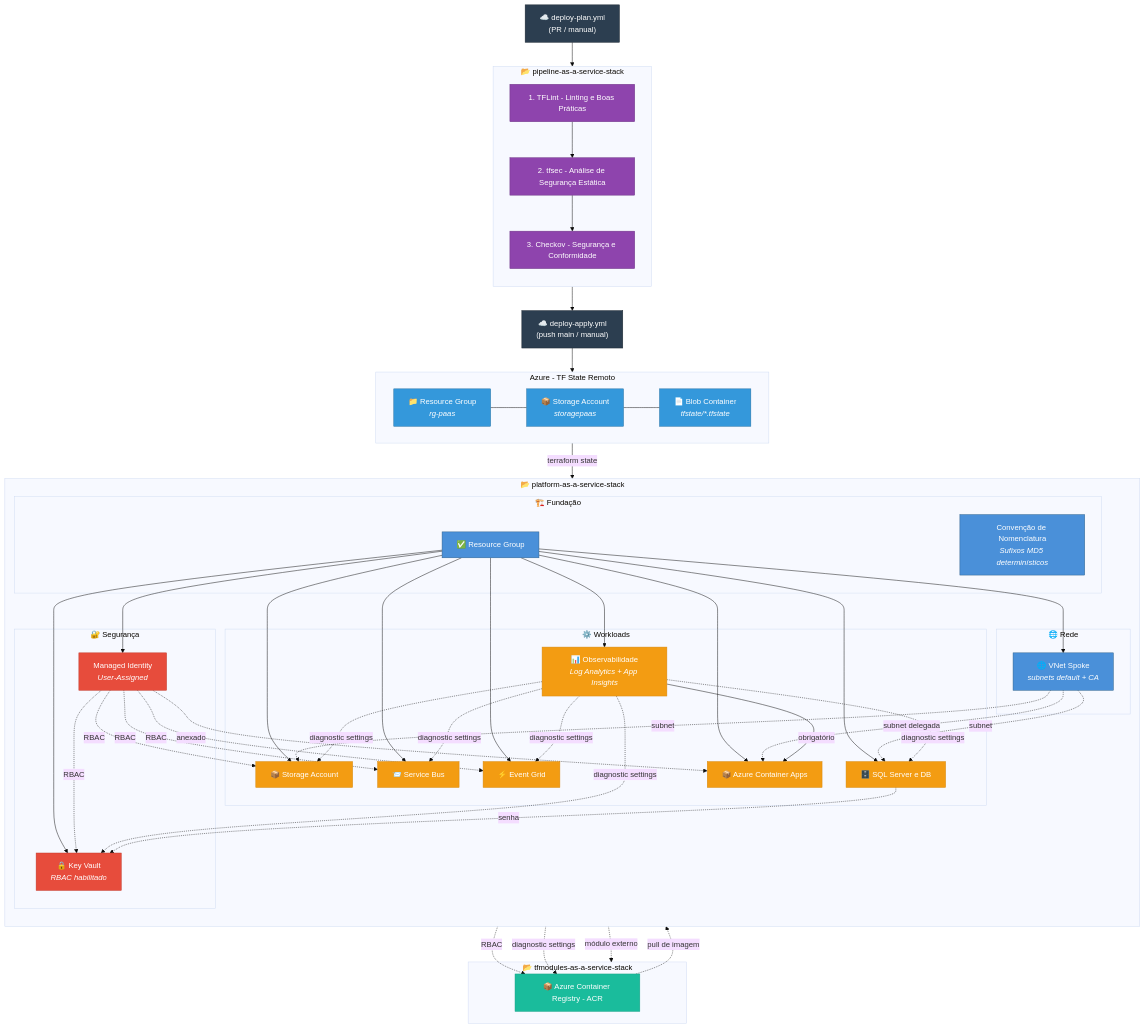
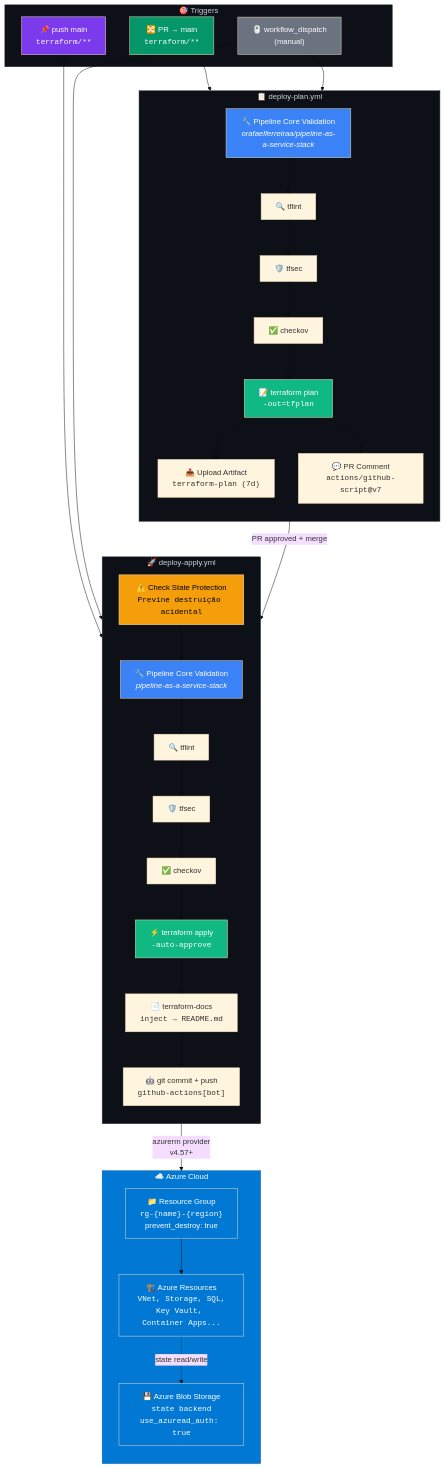
Before and after one commit to orafaelferreiraa/platform-as-a-service-stack: the second of 3 diagrams in README.md, drawn with Mermaid (base theme). The commit also changed other lines of this file, not shown here.

Commit message:
refactor: Revise README to remove outdated repository structure and enhance technical architecture section

````diff
--- a/README.md
+++ b/README.md
@@ -456,107 +310,65 @@
 ```mermaid
-graph TB
-    plan["☁️ deploy-plan.yml<br/>(PR / manual)"]
-
-    subgraph PIPE["📂 pipeline-as-a-service-stack"]
-        direction TB
-        tflint["1. TFLint - Linting e Boas Práticas"]
-        tfsec["2. tfsec - Análise de Segurança Estática"]
-        checkov["3. Checkov - Segurança e Conformidade"]
-        tflint --> tfsec --> checkov
+flowchart TB
+    subgraph trigger["🎯 Triggers"]
+        pr_create["🔀 PR → main<br/><code>terraform/**</code>"]
+        push_main["📌 push main<br/><code>terraform/**</code>"]
+        wf_dispatch["🖱️ workflow_dispatch<br/>(manual)</code>"]
     end
 
-    apply["☁️ deploy-apply.yml<br/>(push main / manual)"]
-
-    plan --> PIPE
-    PIPE --> apply
-    apply --> STATE
-    STATE -->|terraform state| TF
-
-    subgraph STATE["Azure - TF State Remoto"]
-        state_rg["📁 Resource Group<br/><i>rg-paas</i>"]
-        state_sa["📦 Storage Account<br/><i>storagepaas</i>"]
-        state_blob["📄 Blob Container<br/><i>tfstate/*.tfstate</i>"]
-        state_rg --- state_sa --- state_blob
+    subgraph plan_wf["📋 deploy-plan.yml"]
+        direction TB
+        plan_core["🔧 Pipeline Core Validation<br/><i>orafaelferreiraa/pipeline-as-a-service-stack</i>"]
+        plan_core --> tflint_p["🔍 tflint"]
+        tflint_p --> tfsec_p["🛡️ tfsec"]
+        tfsec_p --> checkov_p["✅ checkov"]
+        checkov_p --> tf_plan["📝 terraform plan<br/><code>-out=tfplan</code>"]
+        tf_plan --> plan_artifact["📤 Upload Artifact<br/><code>terraform-plan (7d)</code>"]
+        tf_plan --> pr_comment["💬 PR Comment<br/><code>actions/github-script@v7</code>"]
     end
 
-    subgraph TF["📂 platform-as-a-service-stack"]
+    subgraph apply_wf["🚀 deploy-apply.yml"]
         direction TB
-
-        subgraph Foundation["🏗️ Fundação"]
-            naming["Convenção de Nomenclatura<br/><i>Sufixos MD5 determinísticos</i>"]
-            rg["✅ Resource Group<br/>"]
-        end
-
-        subgraph Security["🔐 Segurança"]
-            mi["Managed Identity<br/><i>User-Assigned</i>"]
-            kv["🔒 Key Vault<br/><i>RBAC habilitado</i>"]
-        end
-
-        subgraph Networking["🌐 Rede"]
-            vnet["🌐 VNet Spoke<br/><i>subnets default + CA</i>"]
-        end
-
-        subgraph Workloads["⚙️ Workloads"]
-            obs["📊 Observabilidade<br/><i>Log Analytics + App Insights</i>"]
-            sa["📦 Storage Account"]
-            sb["📨 Service Bus"]
-            eg["⚡ Event Grid"]
-            sql["🗄️ SQL Server e DB"]
-            cae["📦 Azure Container Apps"]
-        end
+        apply_check["⚠️ Check State Protection<br/><code>Previne destruição acidental</code>"]
+        apply_core["🔧 Pipeline Core Validation<br/><i>pipeline-as-a-service-stack</i>"]
+        apply_check --> apply_core
+        apply_core --> tflint_a["🔍 tflint"]
+        tflint_a --> tfsec_a["🛡️ tfsec"]
+        tfsec_a --> checkov_a["✅ checkov"]
+        checkov_a --> tf_apply["⚡ terraform apply<br/><code>-auto-approve</code>"]
+        tf_apply --> tfdocs["📄 terraform-docs<br/><code>inject → README.md</code>"]
+        tfdocs --> docs_commit["🤖 git commit + push<br/><code>github-actions[bot]</code>"]
     end
 
-    subgraph TFMOD["📂 tfmodules-as-a-service-stack"]
-        acr["📦 Azure Container Registry - ACR"]
+    subgraph azure["☁️ Azure Cloud"]
+        direction TB
+        rg["📁 Resource Group<br/><code>rg-{name}-{region}</code><br/>prevent_destroy: true"]
+        state["💾 Azure Blob Storage<br/><code>state backend<br/>use_azuread_auth: true</code>"]
+        resources["🏗️ Azure Resources<br/><code>VNet, Storage, SQL,<br/>Key Vault, Container Apps...</code>"]
+        rg --> resources
+        resources -.->|"state read/write"| state
     end
 
-    TF -.->|módulo externo| TFMOD
+    pr_create --> plan_wf
+    push_main --> apply_wf
+    wf_dispatch --> plan_wf
+    wf_dispatch --> apply_wf
+    
+    plan_wf -->|"PR approved + merge"| apply_wf
+    apply_wf -->|"azurerm provider<br/>v4.57+"| azure
 
-    rg --> mi
-    rg --> vnet
-    rg --> obs
-    rg --> sa
-    rg --> sb
-    rg --> eg
-    rg --> sql
-    rg --> kv
-    rg --> cae
-
-    mi -.->|RBAC| sa
-    mi -.->|RBAC| sb
-    mi -.->|RBAC| eg
-    mi -.->|RBAC| kv
-    mi -.->|RBAC| acr
-    mi -.->|anexado| cae
-
-    vnet -.->|subnet| sa
-    vnet -.->|subnet| sql
-    vnet -.->|subnet delegada| cae
-
-    obs -->|obrigatório| cae
-    obs -.->|diagnostic settings| sa
-    obs -.->|diagnostic settings| sb
-    obs -.->|diagnostic settings| eg
-    obs -.->|diagnostic settings| sql
-    obs -.->|diagnostic settings| kv
-    obs -.->|diagnostic settings| acr
-
-    sql -.->|senha| kv
-    acr -.->|pull de imagem| cae
-
-    classDef foundation fill:#4A90D9,stroke:#2C5F8A,color:#fff
-    classDef security fill:#E74C3C,stroke:#C0392B,color:#fff
-    classDef workload fill:#F39C12,stroke:#D68910,color:#fff
-    classDef pipeline fill:#8E44AD,stroke:#6C3483,color:#fff
-    classDef gha fill:#2C3E50,stroke:#1A252F,color:#fff
-    classDef externalRepo fill:#1ABC9C,stroke:#16A085,color:#fff
-    classDef remoteState fill:#3498DB,stroke:#2471A3,color:#fff
-
-    class naming,rg,vnet foundation
-    class mi,kv security
-    class obs,sa,sb,eg,sql,cae workload
-    class tflint,tfsec,checkov pipeline
-    class plan,apply gha
-    class acr externalRepo
-    class state_rg,state_sa,state_blob remoteState
+    style trigger fill:#0d1117,color:#c9d1d9,stroke:#30363d
+    style plan_wf fill:#0d1117,color:#c9d1d9,stroke:#30363d
+    style apply_wf fill:#0d1117,color:#c9d1d9,stroke:#30363d
+    style azure fill:#0078D4,color:#fff,stroke:#005a9e
+    style pr_create fill:#059669,color:#fff
+    style push_main fill:#7c3aed,color:#fff
+    style wf_dispatch fill:#6b7280,color:#fff
+    style plan_core fill:#3b82f6,color:#fff
+    style apply_core fill:#3b82f6,color:#fff
+    style apply_check fill:#f59e0b,color:#000
+    style tf_apply fill:#10b981,color:#fff
+    style tf_plan fill:#10b981,color:#fff
+    style rg fill:#0078D4,color:#fff
+    style resources fill:#0078D4,color:#fff
+    style state fill:#0078D4,color:#fff
 ```
````
